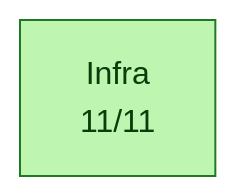
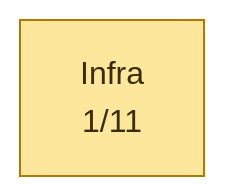
The first of 2 diagrams in pytest/infra/test_results.md (bbaranoff/tests), drawn with Mermaid before and after one commit. The commit also changed other lines of this file and 129 other files, not shown here.

````diff
--- a/pytest/infra/test_results.md
+++ b/pytest/infra/test_results.md
@@ -55,10 +44,10 @@
 ```mermaid
 graph LR
   classDef pass    fill:#bef5b1,stroke:#1f7a1f,color:#0a3d0a;
   classDef partial fill:#fde79c,stroke:#b07a00,color:#3a2c00;
   classDef fail    fill:#fbb4b4,stroke:#a31a1a,color:#5a0000;
   classDef skip    fill:#e0e0e0,stroke:#6a6a6a,color:#333;
   classDef brk  fill:#ff5252,stroke:#990000,color:#fff,stroke-width:3px;
-  P_Infra["Infra<br/>11/11"]
-  class P_Infra pass;
+  P_Infra["Infra<br/>1/11"]
+  class P_Infra partial;
 ```
````
